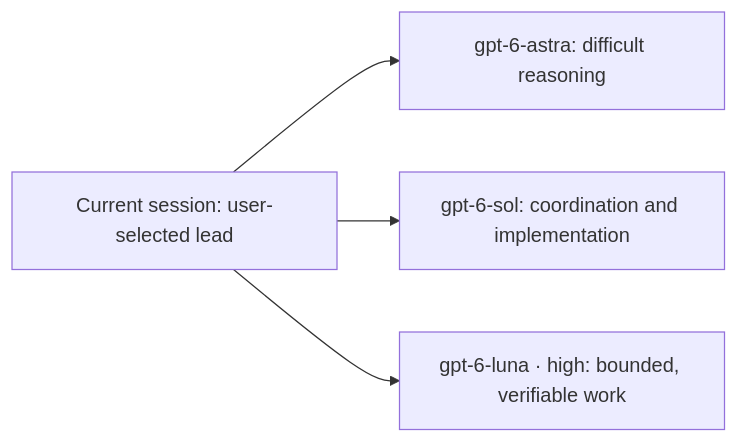
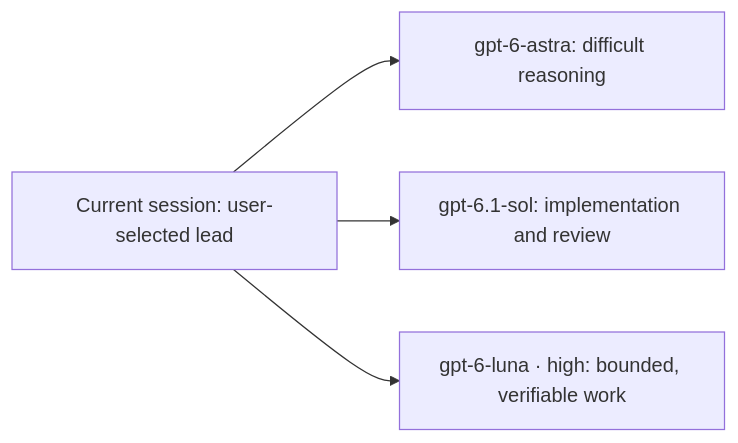
The diagram in README.md (chips-lxm/adaptive-model-orchestrator), drawn with Mermaid before and after one commit. The commit also changed other lines of this file and 36 other files, not shown here.

````diff
--- a/README.md
+++ b/README.md
@@ -5,6 +5,6 @@
 ```mermaid
 flowchart LR
   L["Current session: user-selected lead"] --> A["gpt-6-astra: difficult reasoning"]
-  L --> S["gpt-6-sol: coordination and implementation"]
+  L --> S["gpt-6.1-sol: implementation and review"]
   L --> U["gpt-6-luna · high: bounded, verifiable work"]
 ```
````
